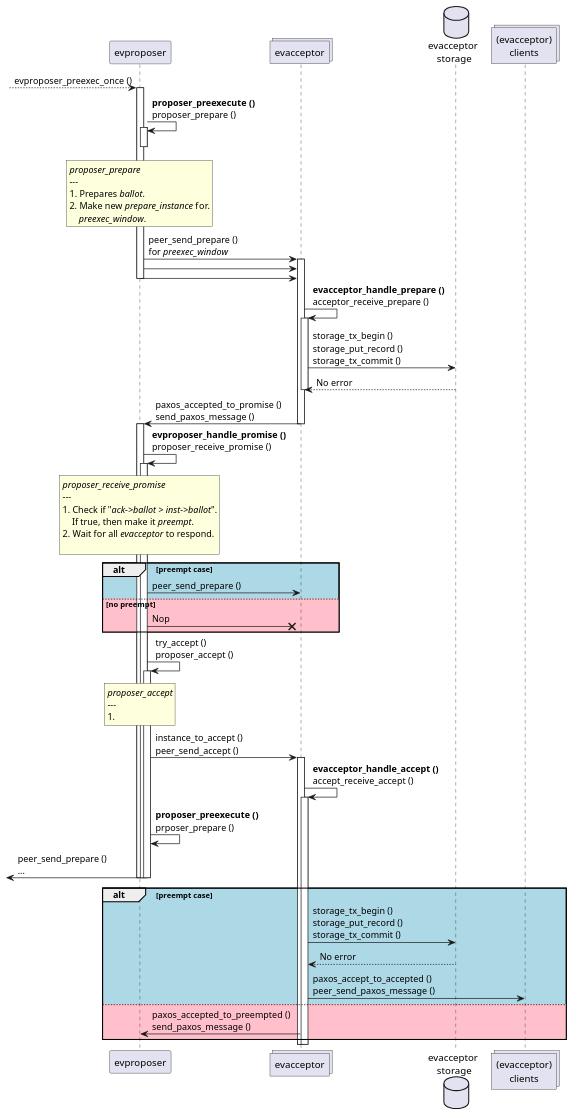
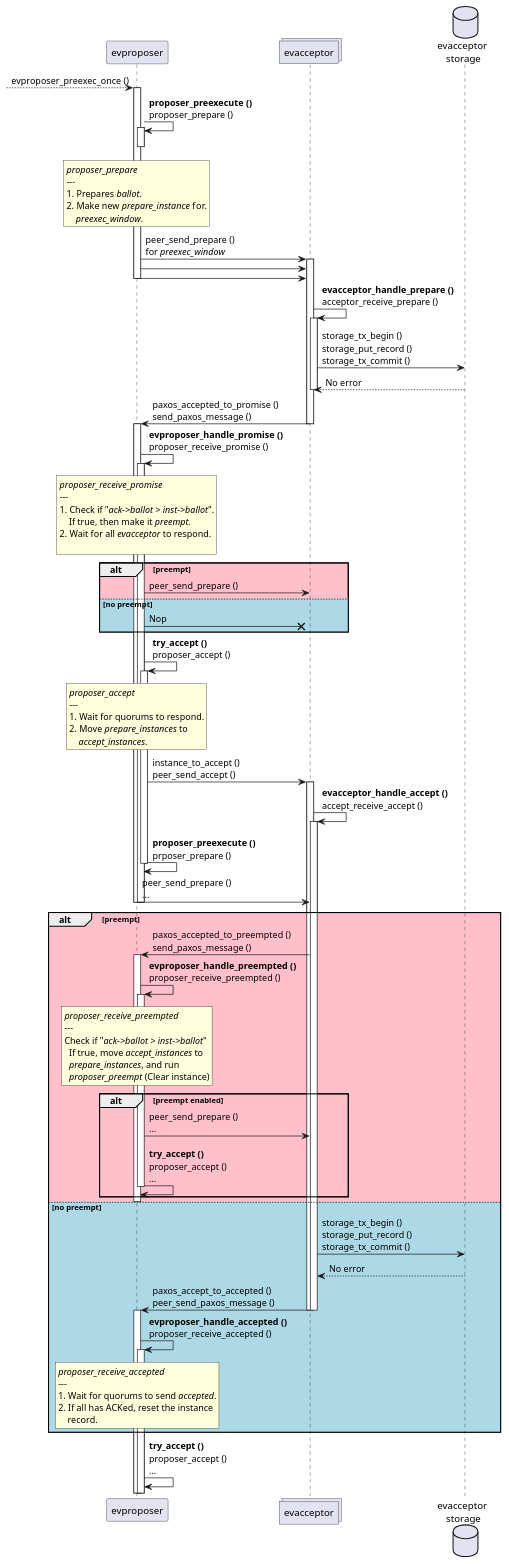
The diagram in evpaxos/phases.plantuml (sjoon-oh/libpaxos-analysis), drawn with PlantUML before and after one commit.

Commit message:
uml fixed

```diff
--- a/evpaxos/phases.plantuml
+++ b/evpaxos/phases.plantuml
@@ -1,99 +1,140 @@
 @startuml
 
 ?--> evproposer: evproposer_preexec_once ()
 
 collections evacceptor
 
 activate evproposer
 evproposer -> evproposer: **proposer_preexecute ()** \nproposer_prepare ()
 
 activate evproposer
 
 rnote over evproposer
     //proposer_prepare//
     ---
     1. Prepares //ballot//.
     2. Make new //prepare_instance// for.
         //preexec_window//.
 end note
 
 'hnote over evproposer
 '    for //preexec_window//
 'end note
 deactivate evproposer
 
 evproposer -> evacceptor: peer_send_prepare () \nfor //preexec_window//
 activate evacceptor
 evproposer -> evacceptor
 evproposer -> evacceptor
 
 deactivate evproposer
 
 evacceptor -> evacceptor: **evacceptor_handle_prepare ()**\nacceptor_receive_prepare ()
 
 database "evacceptor \nstorage"
 activate evacceptor
 evacceptor -> "evacceptor \nstorage": storage_tx_begin () \nstorage_put_record ()\nstorage_tx_commit ()
 "evacceptor \nstorage" --> evacceptor: No error
 deactivate evacceptor
 
 evacceptor -> evproposer: paxos_accepted_to_promise () \nsend_paxos_message ()
 
 deactivate evacceptor
 activate evproposer
 
 evproposer -> evproposer: **evproposer_handle_promise ()** \nproposer_receive_promise ()
 activate evproposer
 
 rnote over evproposer
     //proposer_receive_promise//
     ---
     1. Check if "//ack->ballot > inst->ballot//".
         If true, then make it //preempt//.
     2. Wait for all //evacceptor// to respond.
 
 end note
 
-alt #Lightblue preempt case
+alt #Pink preempt 
     evproposer -> evacceptor: peer_send_prepare ()
-else #Pink no preempt
+else #Lightblue no preempt
     evproposer ->x evacceptor: Nop
 end
 
-evproposer -> evproposer: try_accept () \nproposer_accept ()
+
+evproposer -> evproposer: **try_accept ()** \nproposer_accept ()
 activate evproposer
 
 rnote over evproposer
     //proposer_accept//
     ---
-    1. 
+    1. Wait for quorums to respond.
+    2. Move //prepare_instances// to 
+        //accept_instances//.
 end note
 
 evproposer -> evacceptor: instance_to_accept () \npeer_send_accept ()
 
 activate evacceptor
 evacceptor -> evacceptor: **evacceptor_handle_accept ()** \naccept_receive_accept ()
 activate evacceptor
 
 evproposer -> evproposer: **proposer_preexecute ()** \nprposer_prepare ()
-[<- evproposer: peer_send_prepare () \n...
 deactivate evproposer
+
+evproposer -> evacceptor: peer_send_prepare () \n...
 deactivate evproposer
 deactivate evproposer
 
-collections "(evacceptor)\nclients"
+alt #Pink preempt
+    evacceptor -> evproposer: paxos_accepted_to_preempted () \nsend_paxos_message ()
+    activate evproposer
 
-alt #Lightblue preempt case
+    evproposer -> evproposer: **evproposer_handle_preempted ()** \nproposer_receive_preempted ()
+
+    activate evproposer
+
+    rnote over evproposer
+        //proposer_receive_preempted//
+        ---
+        Check if "//ack->ballot > inst->ballot//"
+          If true, move //accept_instances// to 
+          //prepare_instances//, and run
+          //proposer_preempt// (Clear instance)
+    end note
+
+    alt preempt enabled
+    evproposer -> evacceptor: peer_send_prepare () \n...
+    evproposer -> evproposer: **try_accept ()** \nproposer_accept () \n...  
+    
+    deactivate evproposer
+    end
+
+    deactivate evproposer
+
+else #Lightblue no preempt
     evacceptor -> "evacceptor \nstorage": storage_tx_begin () \nstorage_put_record ()\nstorage_tx_commit ()
     "evacceptor \nstorage" --> evacceptor: No error
 
-    evacceptor -> "(evacceptor)\nclients": paxos_accept_to_accepted ()\npeer_send_paxos_message ()
-else #Pink 
-    evacceptor -> evproposer: paxos_accepted_to_preempted () \nsend_paxos_message ()
+    evacceptor -> evproposer: paxos_accept_to_accepted ()\npeer_send_paxos_message ()
+    deactivate evacceptor
+    deactivate evacceptor
+    activate evproposer
+    
+
+    evproposer -> evproposer: **evproposer_handle_accepted ()** \nproposer_receive_accepted ()
+
+    activate evproposer
+
+
+    rnote over evproposer
+        //proposer_receive_accepted//
+        ---
+        1. Wait for quorums to send //accepted//.
+        2. If all has ACKed, reset the instance 
+            record.
+    end note
 end
 
-deactivate evacceptor
-deactivate evacceptor
-
+evproposer -> evproposer: **try_accept ()** \nproposer_accept () \n...
 
 @enduml
```
